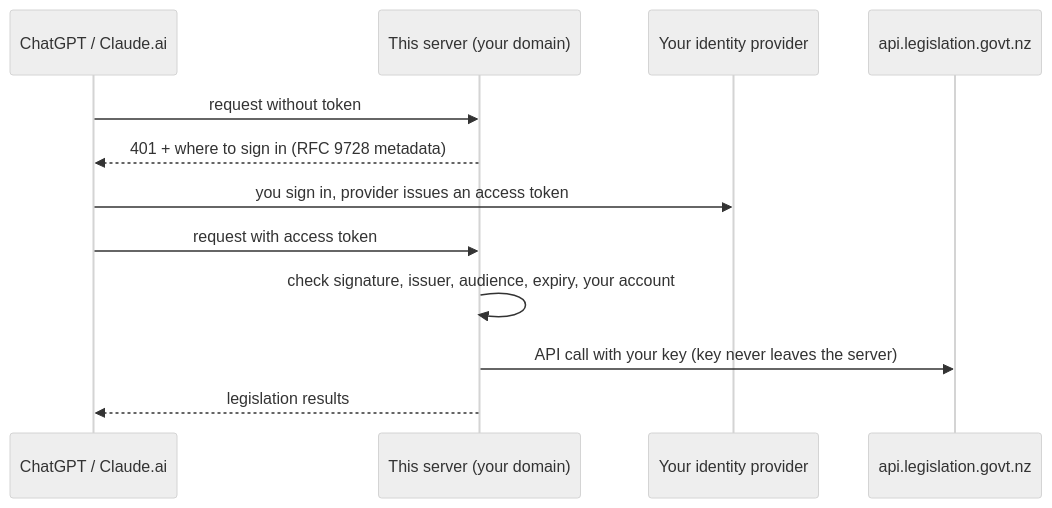
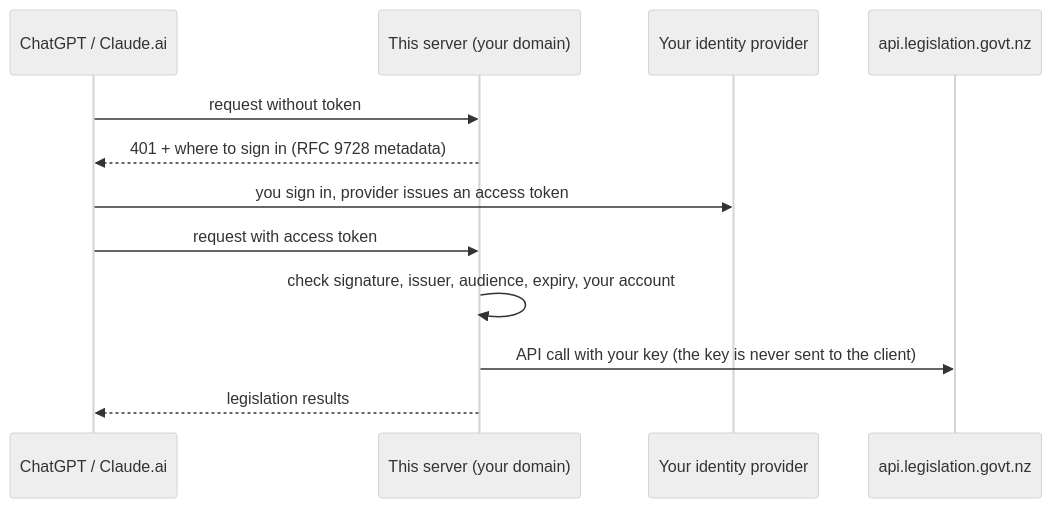
One commit to thatskiff33-agents/nz-legislation-mcp changed the diagram in docs/self-hosting.md. Above: the diagram before and after it, drawn with Mermaid (neutral theme). The commit also changed other lines of this file and 10 other files, not shown here.

````diff
--- a/docs/self-hosting.md
+++ b/docs/self-hosting.md
@@ -16,14 +18,14 @@
 ```mermaid
 sequenceDiagram
   participant C as ChatGPT / Claude.ai
   participant M as This server (your domain)
   participant A as Your identity provider
   participant P as api.legislation.govt.nz
   C->>M: request without token
   M-->>C: 401 + where to sign in (RFC 9728 metadata)
   C->>A: you sign in, provider issues an access token
   C->>M: request with access token
   M->>M: check signature, issuer, audience, expiry, your account
-  M->>P: API call with your key (key never leaves the server)
+  M->>P: API call with your key (the key is never sent to the client)
   M-->>C: legislation results
 ```
````
